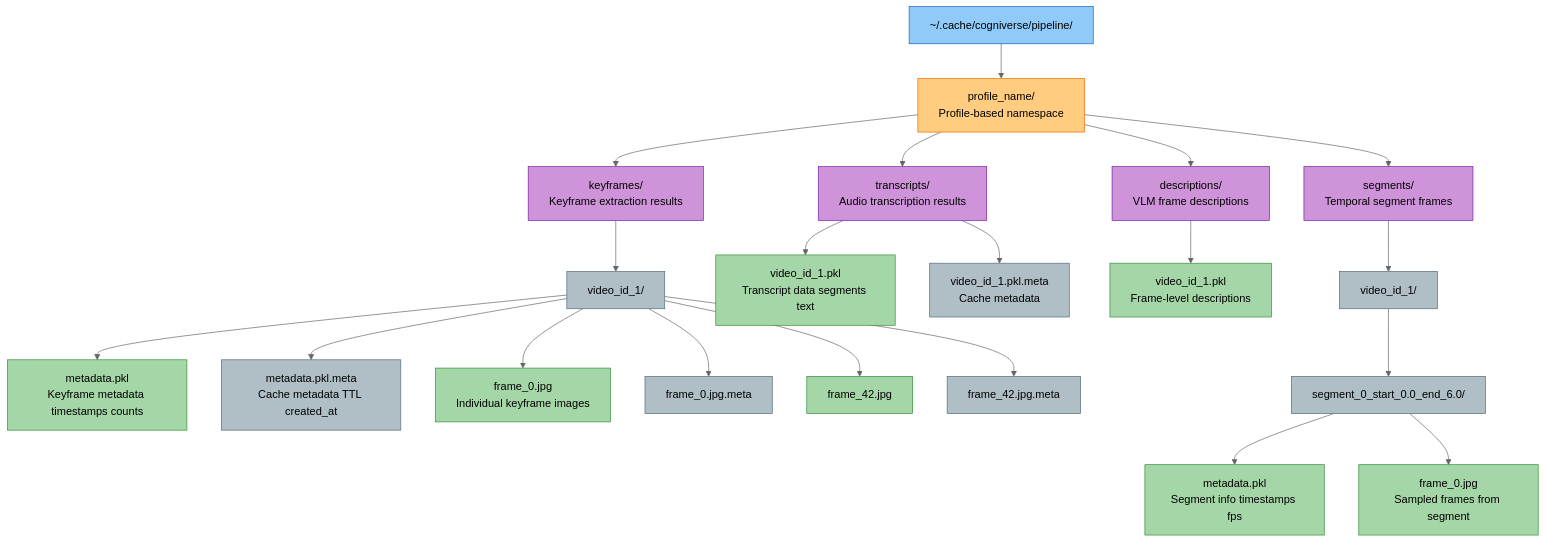
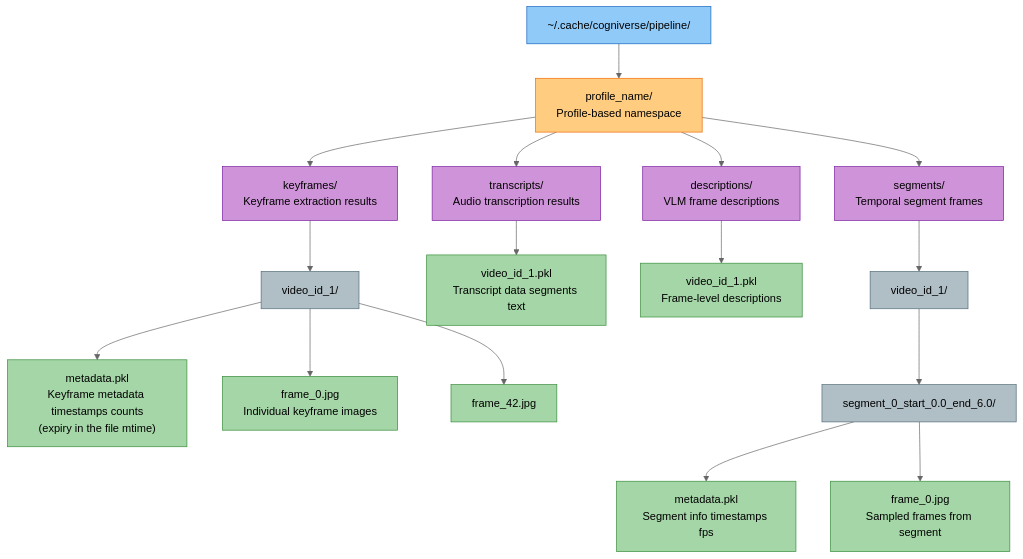
Before and after one commit to amit-jain/cogniverse: the third of 5 diagrams in docs/modules/cache.md, drawn with Mermaid (neutral theme). The commit also changed other lines of this file and 2 other files, not shown here.

Commit message:
Encode cache expiry in file mtime instead of meta sidecar

````diff
--- a/docs/modules/cache.md
+++ b/docs/modules/cache.md
@@ -199,71 +199,59 @@
 ```mermaid
 flowchart TB
     ROOT["<span style='color:#000'>~/.cache/cogniverse/pipeline/</span>"]
     PROF["<span style='color:#000'>profile_name/<br/>Profile-based namespace</span>"]
     KF["<span style='color:#000'>keyframes/<br/>Keyframe extraction results</span>"]
     VID1["<span style='color:#000'>video_id_1/</span>"]
-    META1["<span style='color:#000'>metadata.pkl<br/>Keyframe metadata timestamps counts</span>"]
-    META1M["<span style='color:#000'>metadata.pkl.meta<br/>Cache metadata TTL created_at</span>"]
+    META1["<span style='color:#000'>metadata.pkl<br/>Keyframe metadata timestamps counts<br/>(expiry in the file mtime)</span>"]
     F0["<span style='color:#000'>frame_0.jpg<br/>Individual keyframe images</span>"]
-    F0M["<span style='color:#000'>frame_0.jpg.meta</span>"]
     F42["<span style='color:#000'>frame_42.jpg</span>"]
-    F42M["<span style='color:#000'>frame_42.jpg.meta</span>"]
 
     TR["<span style='color:#000'>transcripts/<br/>Audio transcription results</span>"]
     TRV1["<span style='color:#000'>video_id_1.pkl<br/>Transcript data segments text</span>"]
-    TRV1M["<span style='color:#000'>video_id_1.pkl.meta<br/>Cache metadata</span>"]
 
     DESC["<span style='color:#000'>descriptions/<br/>VLM frame descriptions</span>"]
     DESCV1["<span style='color:#000'>video_id_1.pkl<br/>Frame-level descriptions</span>"]
 
     SEG["<span style='color:#000'>segments/<br/>Temporal segment frames</span>"]
     SEGV1["<span style='color:#000'>video_id_1/</span>"]
     SEG0["<span style='color:#000'>segment_0_start_0.0_end_6.0/</span>"]
     SEGMETA["<span style='color:#000'>metadata.pkl<br/>Segment info timestamps fps</span>"]
     SEGF0["<span style='color:#000'>frame_0.jpg<br/>Sampled frames from segment</span>"]
 
     ROOT --> PROF
     PROF --> KF
     PROF --> TR
     PROF --> DESC
     PROF --> SEG
 
     KF --> VID1
     VID1 --> META1
-    VID1 --> META1M
     VID1 --> F0
-    VID1 --> F0M
     VID1 --> F42
-    VID1 --> F42M
 
     TR --> TRV1
-    TR --> TRV1M
 
     DESC --> DESCV1
 
     SEG --> SEGV1
     SEGV1 --> SEG0
     SEG0 --> SEGMETA
     SEG0 --> SEGF0
 
     style ROOT fill:#90caf9,stroke:#1565c0,color:#000
     style PROF fill:#ffcc80,stroke:#ef6c00,color:#000
     style KF fill:#ce93d8,stroke:#7b1fa2,color:#000
     style TR fill:#ce93d8,stroke:#7b1fa2,color:#000
     style DESC fill:#ce93d8,stroke:#7b1fa2,color:#000
     style SEG fill:#ce93d8,stroke:#7b1fa2,color:#000
     style VID1 fill:#b0bec5,stroke:#546e7a,color:#000
     style META1 fill:#a5d6a7,stroke:#388e3c,color:#000
-    style META1M fill:#b0bec5,stroke:#546e7a,color:#000
     style F0 fill:#a5d6a7,stroke:#388e3c,color:#000
-    style F0M fill:#b0bec5,stroke:#546e7a,color:#000
     style F42 fill:#a5d6a7,stroke:#388e3c,color:#000
-    style F42M fill:#b0bec5,stroke:#546e7a,color:#000
     style TRV1 fill:#a5d6a7,stroke:#388e3c,color:#000
-    style TRV1M fill:#b0bec5,stroke:#546e7a,color:#000
     style DESCV1 fill:#a5d6a7,stroke:#388e3c,color:#000
     style SEGV1 fill:#b0bec5,stroke:#546e7a,color:#000
     style SEG0 fill:#b0bec5,stroke:#546e7a,color:#000
     style SEGMETA fill:#a5d6a7,stroke:#388e3c,color:#000
     style SEGF0 fill:#a5d6a7,stroke:#388e3c,color:#000
 ```
````
